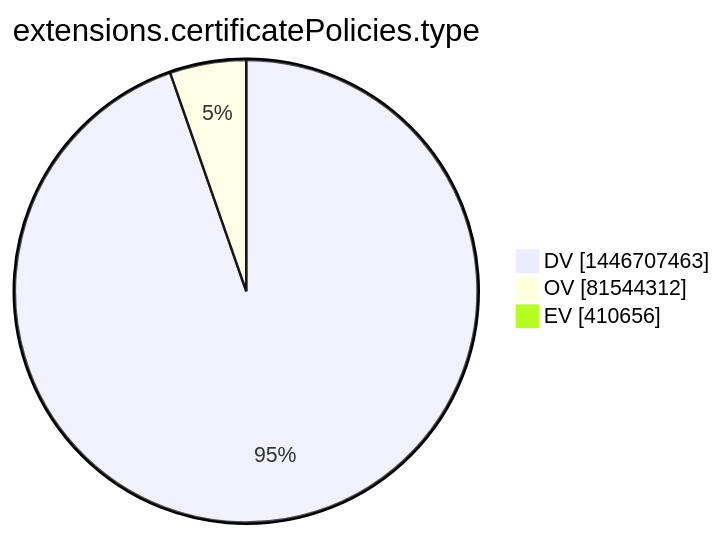
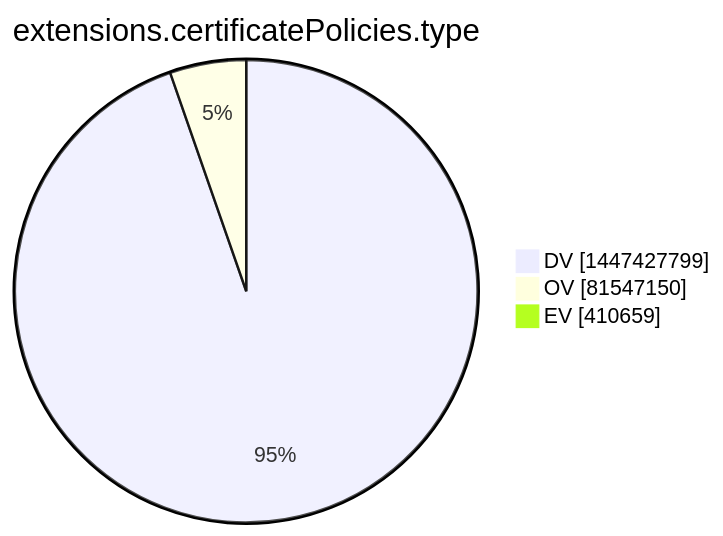
Before and after one commit to christiankrug/ctmonitor_visualization: the tenth of 15 diagrams in xenon2022/README.md, drawn with Mermaid. The commit also changed other lines of this file, not shown here.

````diff
--- a/xenon2022/README.md
+++ b/xenon2022/README.md
@@ -2868,7 +2869,7 @@
 ```mermaid
 pie showData
 title extensions.certificatePolicies.type
-"DV" :1446707463
-"OV" :81544312
-"EV" :410656
+"DV" :1447427799
+"OV" :81547150
+"EV" :410659
 ```
````
